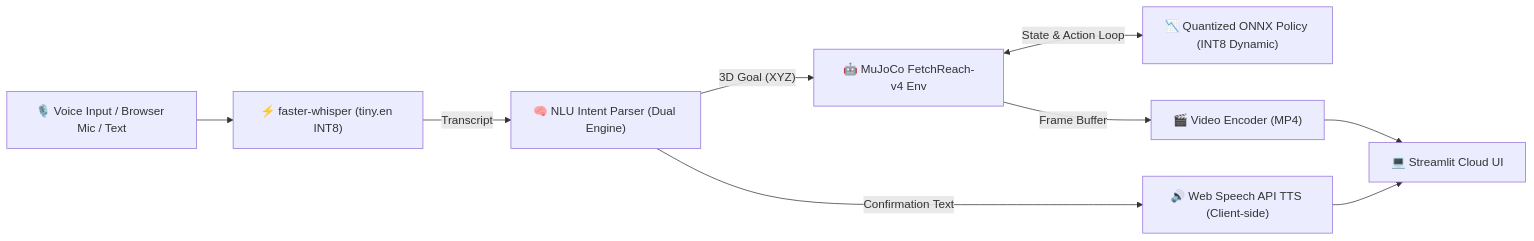
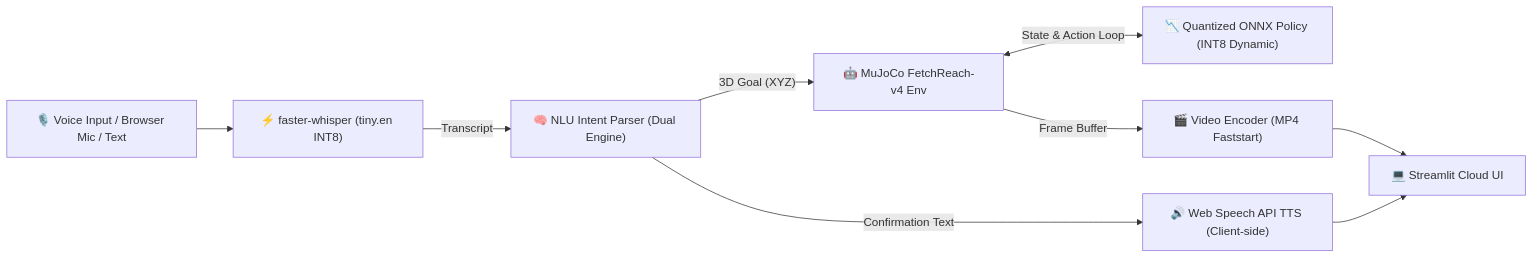
One commit to Saksham-19-cyber/voice-robot-arm-edge changed the diagram in README.md. Above: the diagram before and after it, drawn with Mermaid. The commit also changed other lines of this file and 25 other files, not shown here.

````diff
--- a/README.md
+++ b/README.md
@@ -14,11 +16,11 @@
 ```mermaid
 flowchart LR
     A["🎙️ Voice Input / Browser Mic / Text"] --> B["⚡ faster-whisper (tiny.en INT8)"]
     B -->|"Transcript"| C["🧠 NLU Intent Parser (Dual Engine)"]
     C -->|"3D Goal (XYZ)"| D["🤖 MuJoCo FetchReach-v4 Env"]
     D <-->|"State & Action Loop"| E["📉 Quantized ONNX Policy (INT8 Dynamic)"]
-    D -->|"Frame Buffer"| F["🎬 Video Encoder (MP4)"]
+    D -->|"Frame Buffer"| F["🎬 Video Encoder (MP4 Faststart)"]
     C -->|"Confirmation Text"| G["🔊 Web Speech API TTS (Client-side)"]
     F --> H["💻 Streamlit Cloud UI"]
     G --> H
 ```
````
